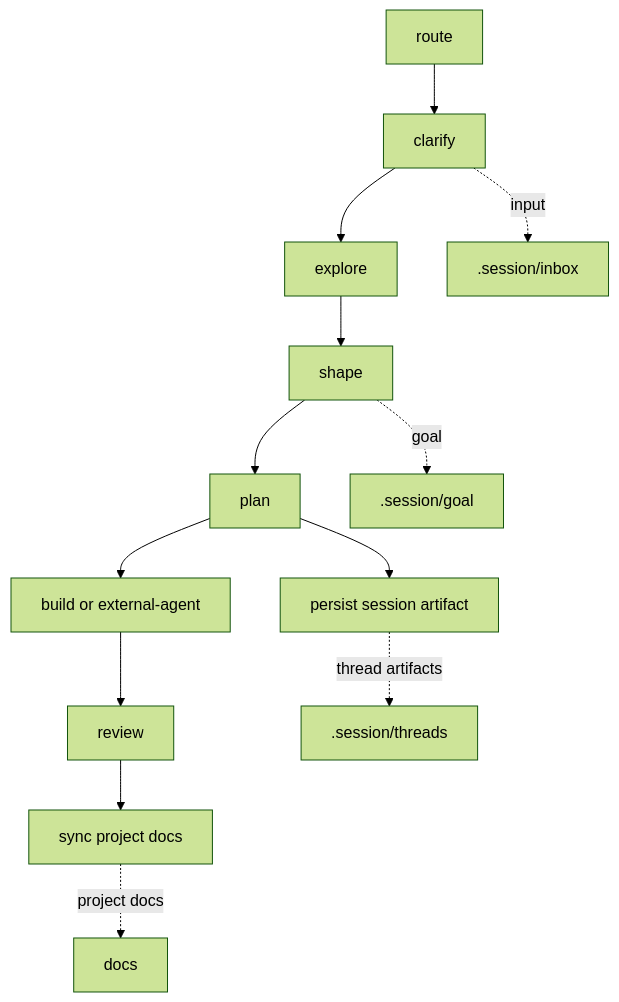
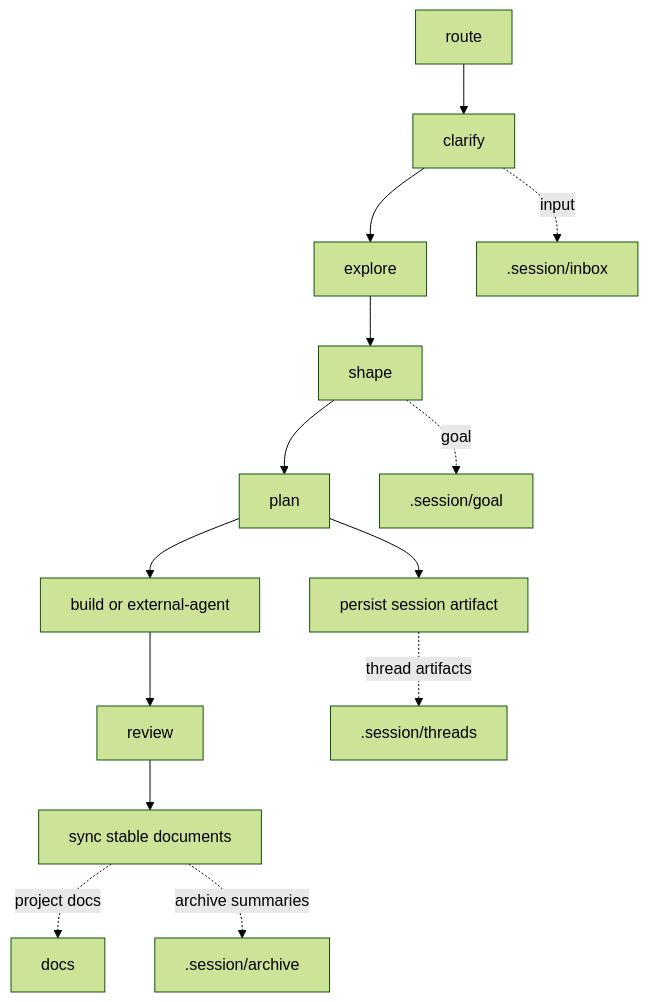
One commit to FlutteryEmbers/workflow changed the diagram in .workflow/README.md. Above: the diagram before and after it, drawn with Mermaid (forest theme). The commit also changed other lines of this file and 26 other files, not shown here.

````diff
--- a/.workflow/README.md
+++ b/.workflow/README.md
@@ -7,16 +7,17 @@
 ```mermaid
 graph TD
     R["route"] --> C["clarify"]
     C --> E["explore"]
     E --> S["shape"]
     S --> P["plan"]
     P --> W["persist session artifact"]
     P --> B["build or external-agent"]
     B --> V["review"]
-    V --> Y["sync project docs"]
+    V --> Y["sync stable documents"]
 
     C -. "input" .-> N[".session/inbox"]
     W -. "thread artifacts" .-> D[".session/threads"]
     S -. "goal" .-> G[".session/goal"]
     Y -. "project docs" .-> F["docs"]
+    Y -. "archive summaries" .-> A[".session/archive"]
 ```
````
